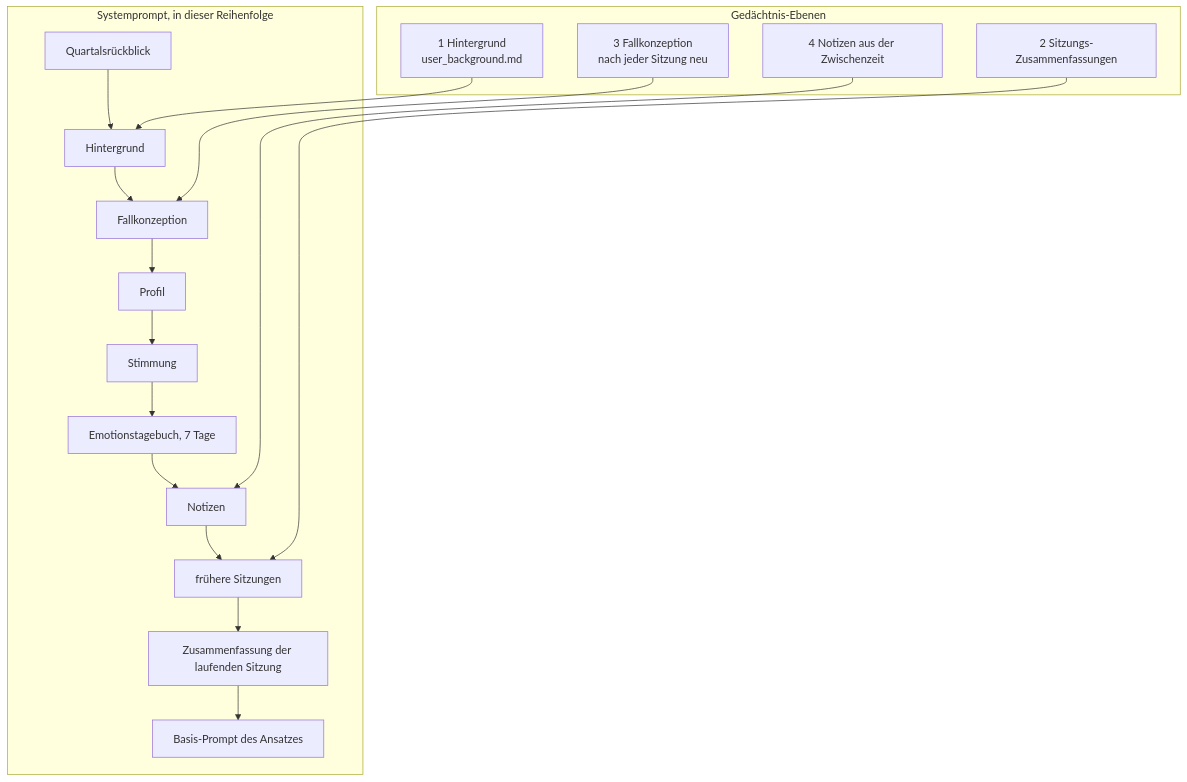
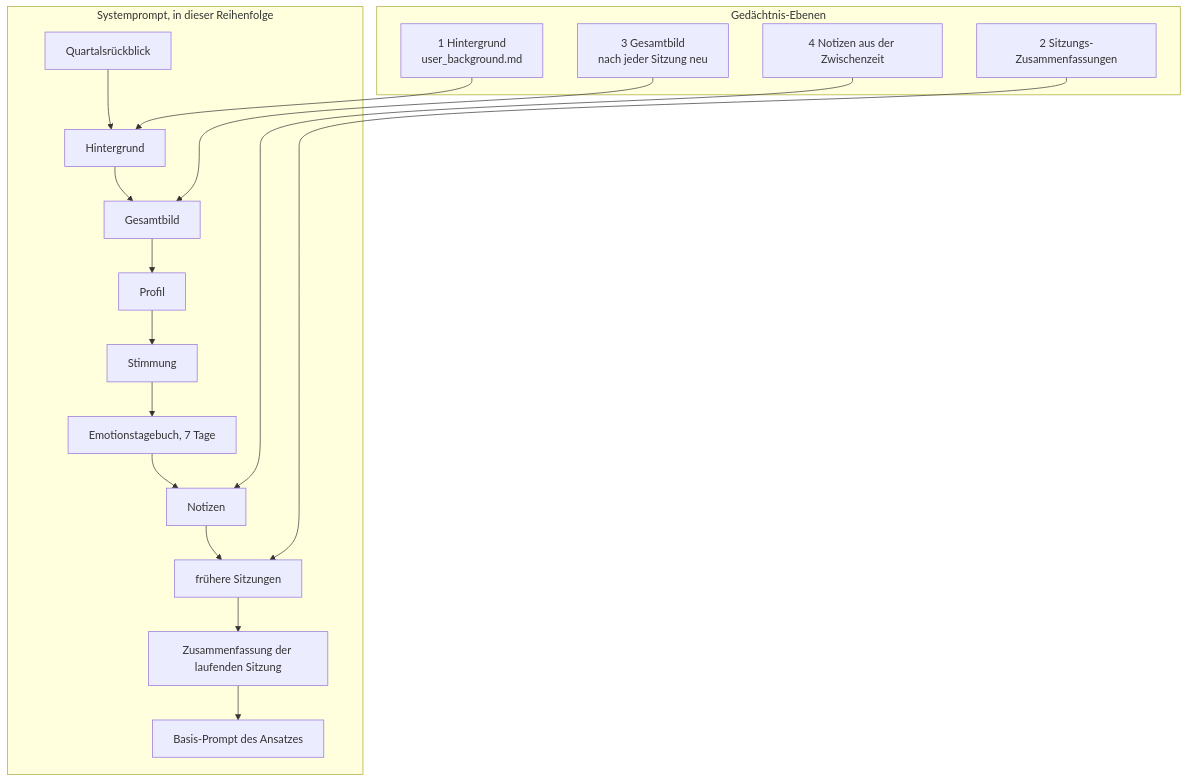
One commit to BlackMagicCoder/self-reflection-bot changed the third of 5 diagrams in README.md. Above: the diagram before and after it, drawn with Mermaid. The commit also changed other lines of this file and 5 other files, not shown here.

````diff
--- a/README.md
+++ b/README.md
@@ -88,18 +88,18 @@
 ```mermaid
 flowchart TD
     subgraph E["Gedächtnis-Ebenen"]
         E1["1 Hintergrund<br/>user_background.md"]
         E2["2 Sitzungs-Zusammenfassungen"]
-        E3["3 Fallkonzeption<br/>nach jeder Sitzung neu"]
+        E3["3 Gesamtbild<br/>nach jeder Sitzung neu"]
         E4["4 Notizen aus der Zwischenzeit"]
     end
     subgraph P["Systemprompt, in dieser Reihenfolge"]
-        P1["Quartalsrückblick"] --> P2["Hintergrund"] --> P3["Fallkonzeption"] --> P4["Profil"]
+        P1["Quartalsrückblick"] --> P2["Hintergrund"] --> P3["Gesamtbild"] --> P4["Profil"]
         P4 --> P5["Stimmung"] --> P6["Emotionstagebuch, 7 Tage"] --> P7["Notizen"]
         P7 --> P8["frühere Sitzungen"] --> P9["Zusammenfassung der laufenden Sitzung"] --> P10["Basis-Prompt des Ansatzes"]
     end
     E1 --> P2
     E3 --> P3
     E4 --> P7
     E2 --> P8
 ```
````
